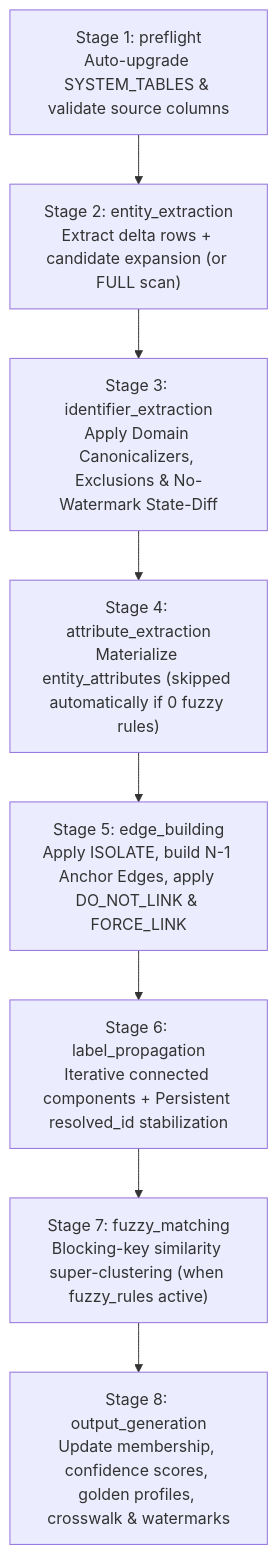
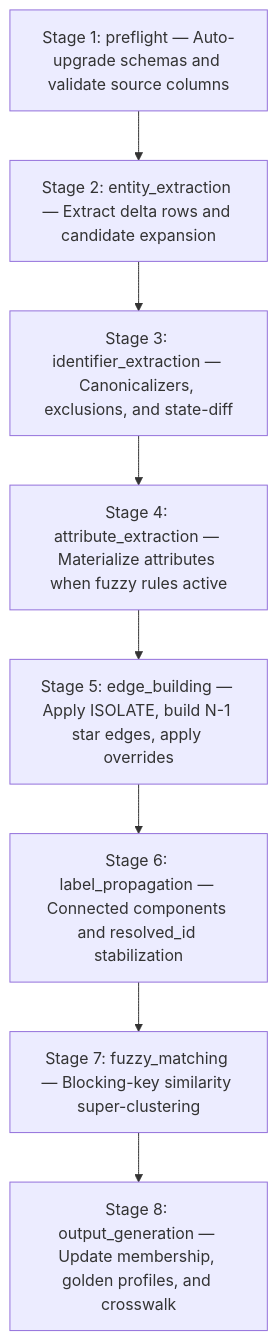
Before and after one commit to anilkulkarni87/sql-identity-oss: the diagram in docs/concepts-and-architecture.md, drawn with Mermaid. The commit also changed other lines of this file and 8 other files, not shown here.

Commit message:
docs: add GA4 tag, fix math formulas rendering, and correct mermaid diagram syntax

````diff
--- a/docs/concepts-and-architecture.md
+++ b/docs/concepts-and-architecture.md
@@ -37,11 +35,19 @@
 ```mermaid
 flowchart TD
-    S1["Stage 1: preflight\nAuto-upgrade SYSTEM_TABLES & validate source columns"] --> S2
-    S2["Stage 2: entity_extraction\nExtract delta rows + candidate expansion (or FULL scan)"] --> S3
-    S3["Stage 3: identifier_extraction\nApply Domain Canonicalizers, Exclusions & No-Watermark State-Diff"] --> S4
-    S4["Stage 4: attribute_extraction\nMaterialize entity_attributes (skipped automatically if 0 fuzzy rules)"] --> S5
-    S5["Stage 5: edge_building\nApply ISOLATE, build N-1 Anchor Edges, apply DO_NOT_LINK & FORCE_LINK"] --> S6
-    S6["Stage 6: label_propagation\nIterative connected components + Persistent resolved_id stabilization"] --> S7
-    S7["Stage 7: fuzzy_matching\nBlocking-key similarity super-clustering (when fuzzy_rules active)"] --> S8
-    S8["Stage 8: output_generation\nUpdate membership, confidence scores, golden profiles, crosswalk & watermarks"]
+    S1["Stage 1: preflight — Auto-upgrade schemas and validate source columns"]
+    S2["Stage 2: entity_extraction — Extract delta rows and candidate expansion"]
+    S3["Stage 3: identifier_extraction — Canonicalizers, exclusions, and state-diff"]
+    S4["Stage 4: attribute_extraction — Materialize attributes when fuzzy rules active"]
+    S5["Stage 5: edge_building — Apply ISOLATE, build N-1 star edges, apply overrides"]
+    S6["Stage 6: label_propagation — Connected components and resolved_id stabilization"]
+    S7["Stage 7: fuzzy_matching — Blocking-key similarity super-clustering"]
+    S8["Stage 8: output_generation — Update membership, golden profiles, and crosswalk"]
+
+    S1 --> S2
+    S2 --> S3
+    S3 --> S4
+    S4 --> S5
+    S5 --> S6
+    S6 --> S7
+    S7 --> S8
 ```
````
